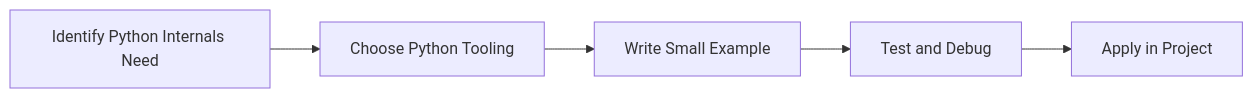
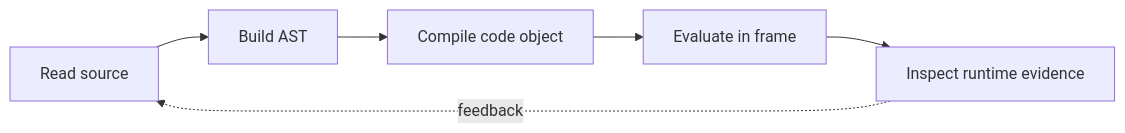
The diagram in Python-Mastery/Advanced/07-python-internals.md (SYMOIZ/E-Learning-Portal), drawn with Mermaid before and after one commit. The commit also changed other lines of this file and 116 other files, not shown here.

````diff
--- a/Python-Mastery/Advanced/07-python-internals.md
+++ b/Python-Mastery/Advanced/07-python-internals.md
@@ -127,7 +159,8 @@
 ```mermaid
 flowchart LR
-    A[Identify Python Internals Need] --> B[Choose Python Tooling]
-    B --> C[Write Small Example]
-    C --> D[Test and Debug]
-    D --> E[Apply in Project]
+    A[Read source] --> B[Build AST]
+    B --> C[Compile code object]
+    C --> D[Evaluate in frame]
+    D --> E[Inspect runtime evidence]
+    E -. feedback .-> A
 ```
````
